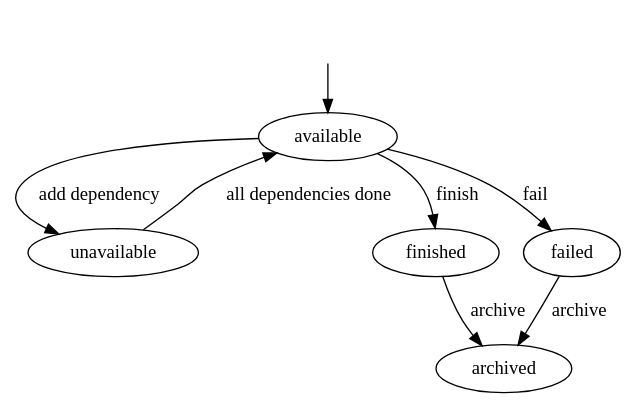
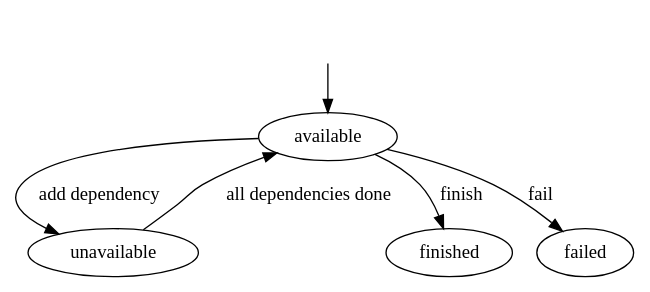
Before and after one commit to NorfairKing/swop: the diagram in diagrams/task_dfs.dot, drawn with Graphviz.

Commit message:
no archived for tasks

```diff
--- a/diagrams/task_dfs.dot
+++ b/diagrams/task_dfs.dot
@@ -1,23 +1,19 @@
 digraph finite_state_machine {
 
     node [label=""];
 
     start           [shape=none];
     available       [label="available"];
     unavailable     [label="unavailable"];
     finished        [label="finished"];
     failed          [label="failed"];
-    archived        [label="archived"];
 
     start -> available;
 
     available -> unavailable [label="add dependency"];
     unavailable -> available [label="all dependencies done"];
     
     available -> finished    [label="finish"];
     available -> failed      [label="fail"];
     
-    finished -> archived     [label="archive"];
-    failed -> archived       [label="archive"];
-
 }
```
